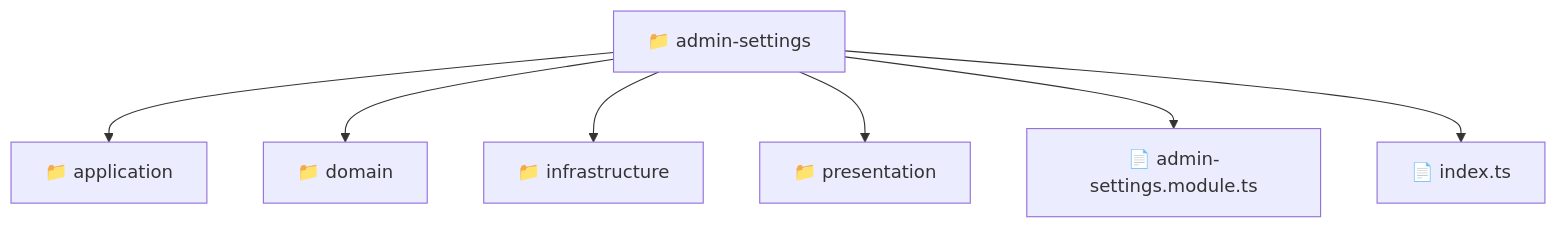
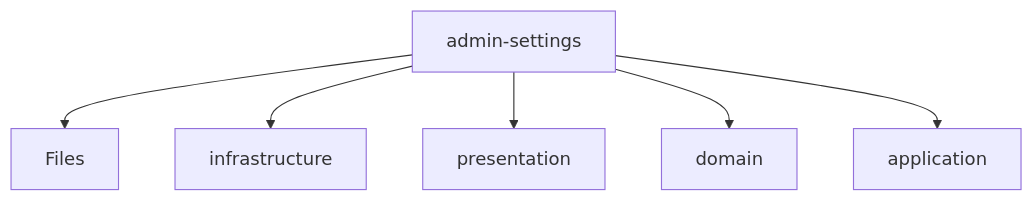
One commit to beginwebdev2002/fullstack-mavluda changed the diagram in backend/src/modules/admin-settings/README.md. Above: the diagram before and after it, drawn with Mermaid. The commit also changed other lines of this file and 163 other files, not shown here.

First line of the commit message:
feat: autogenerate localized directory readmes for architectural transparency

````diff
--- a/backend/src/modules/admin-settings/README.md
+++ b/backend/src/modules/admin-settings/README.md
@@ -9,10 +10,8 @@
 ```mermaid
 graph TD
-  Root["📁 admin-settings"]
-  Root --> application["📁 application"]
-  Root --> domain["📁 domain"]
-  Root --> infrastructure["📁 infrastructure"]
-  Root --> presentation["📁 presentation"]
-  Root --> admin_settings_module_ts["📄 admin-settings.module.ts"]
-  Root --> index_ts["📄 index.ts"]
+    admin_settings[admin-settings] --> Files
+    admin_settings --> infrastructure[infrastructure]
+    admin_settings --> presentation[presentation]
+    admin_settings --> domain[domain]
+    admin_settings --> application[application]
 ```
````
